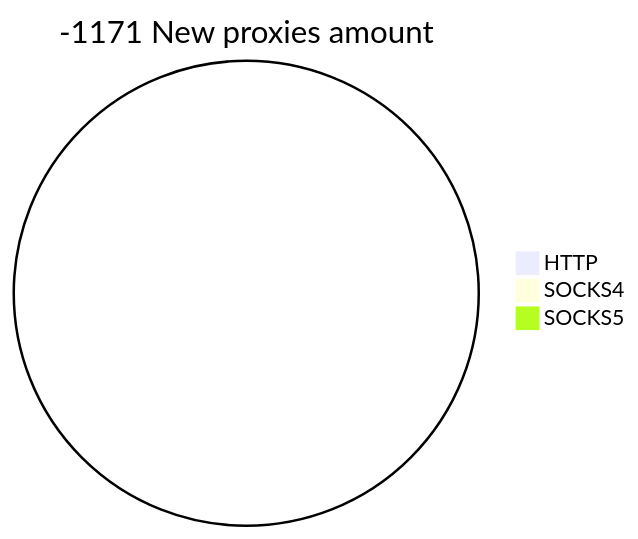
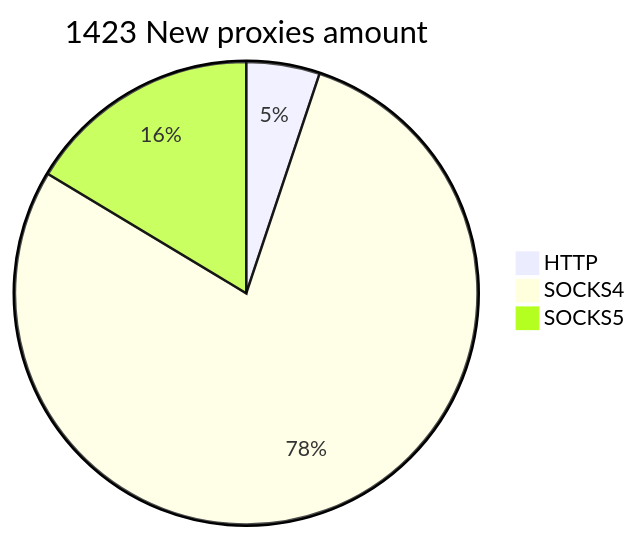
Before and after one commit to cutipu/proxylist: the second of 2 diagrams in README.md, drawn with Mermaid. The commit also changed other lines of this file, not shown here.

````diff
--- a/README.md
+++ b/README.md
@@ -10,6 +10,6 @@
 ```mermaid
-pie title -1171 New proxies amount
-    "HTTP" : 0
-    "SOCKS4" : 0
-    "SOCKS5" : 0
+pie title 1423 New proxies amount
+    "HTTP" : 73
+    "SOCKS4" : 1117
+    "SOCKS5" : 233
 ```
````
